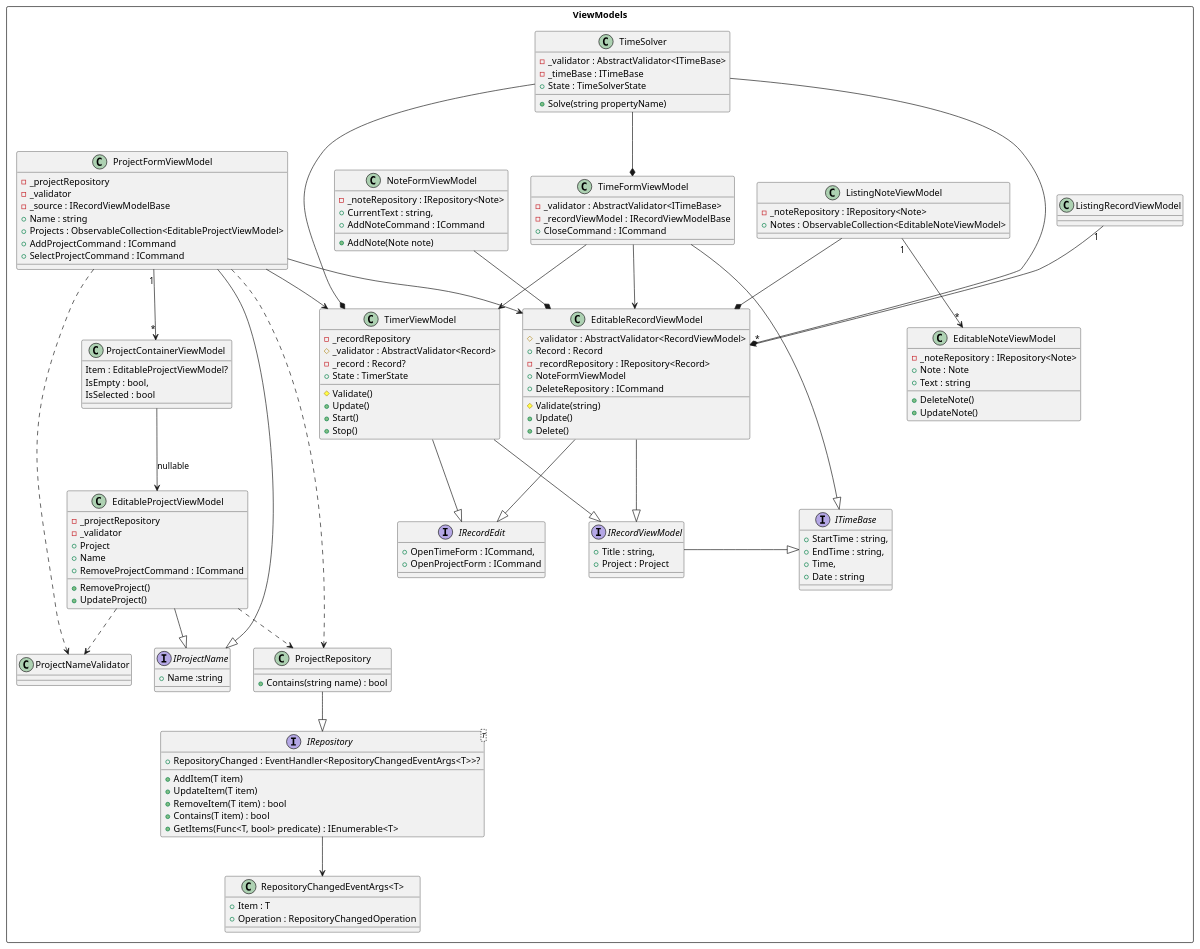
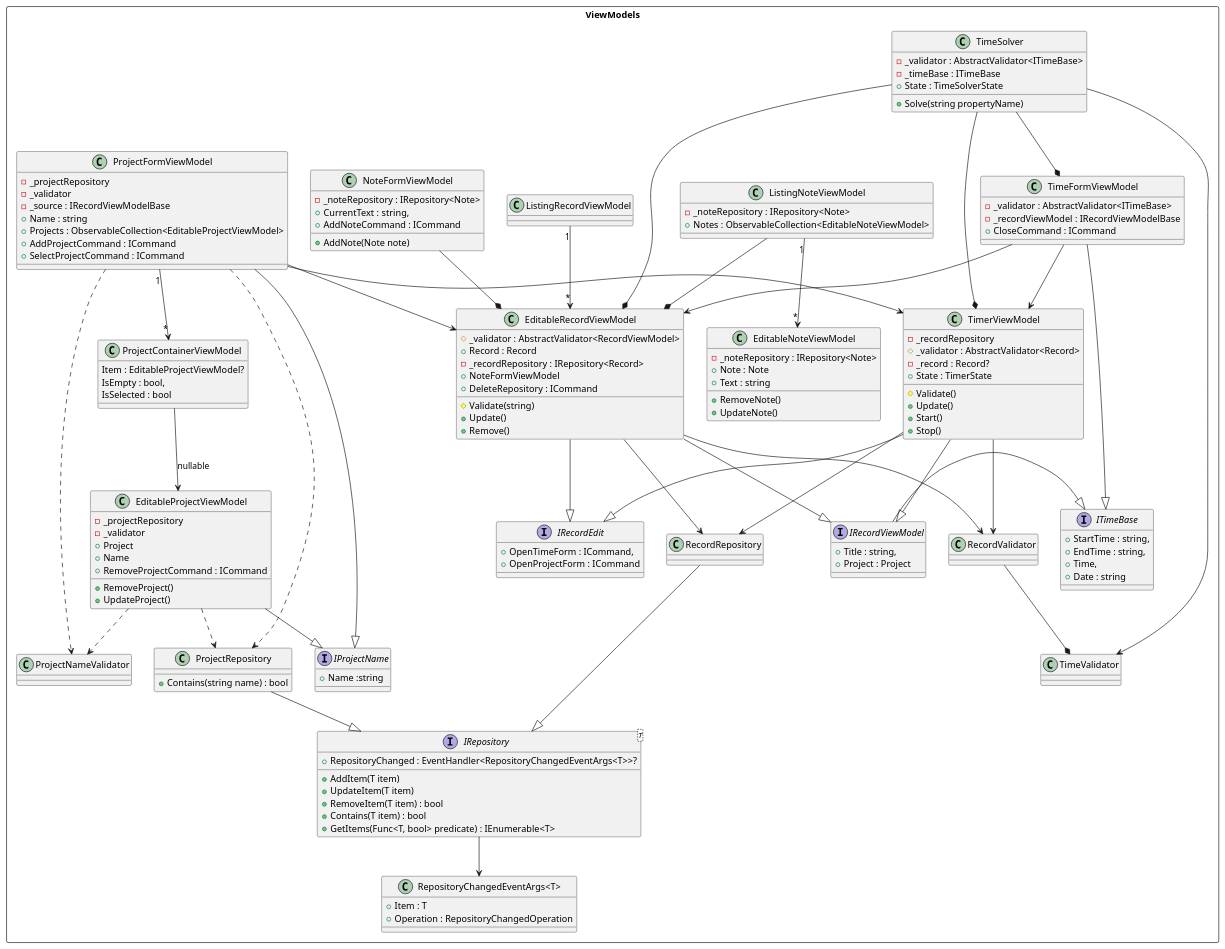
Before and after one commit to quaterni/TimaProject: the diagram in docs/class_diagrams/components.plantuml, drawn with PlantUML. The commit also changed 36 other files, not shown here.

Commit message:
changed Record's Id, refactoring TimeFormViewModel, TimerViewModel, EditableRecordViewModel

```diff
--- a/docs/class_diagrams/components.plantuml
+++ b/docs/class_diagrams/components.plantuml
@@ -22,7 +22,7 @@
         + NoteFormViewModel
         + DeleteRepository : ICommand
         + Update()
-        + Delete()
+        + Remove()
     }
 
 
@@ -74,7 +74,7 @@
         - _noteRepository : IRepository<Note>
         + Note : Note
         + Text : string
-        + DeleteNote()
+        + RemoveNote()
         + UpdateNote()
     }
 
@@ -131,6 +131,27 @@
         IsSelected : bool
     }
 
+    class "RecordRepository" as recordRepository {
+
+    }
+
+    class "TimeValidator" as timeValidator{
+
+    }
+
+    class "RecordValidator" as recordValidator {
+
+    }
+
+    timerVM --> recordValidator
+    editableRecordVM --> recordValidator
+
+    recordValidator --* timeValidator
+
+    solver --> timeValidator
+
+    recordRepository --|> interfaceRepository
+
     timerVM --|> "IRecordEdit"
     timerVM --|> "IRecordViewModel"
 
@@ -175,5 +196,8 @@
     projectForm ..> projectValidator
 
     projectContainer --> editableProject : "nullable"
+
+    timerVM --> recordRepository
+    editableRecordVM --> recordRepository
 }
 @enduml
```
